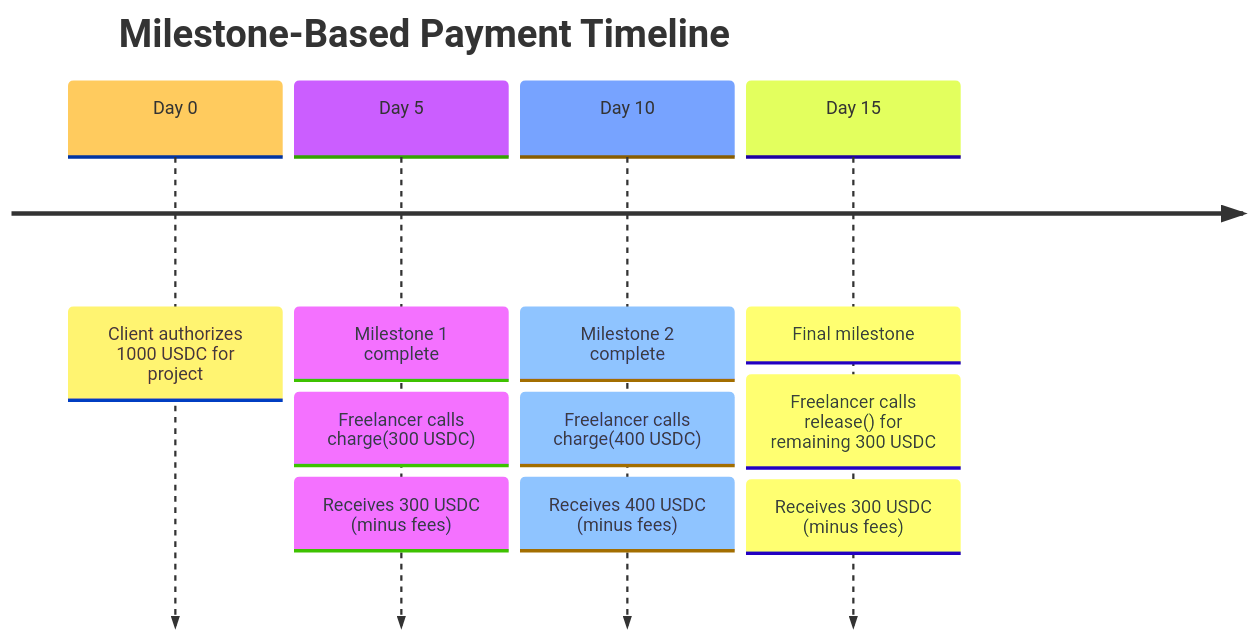
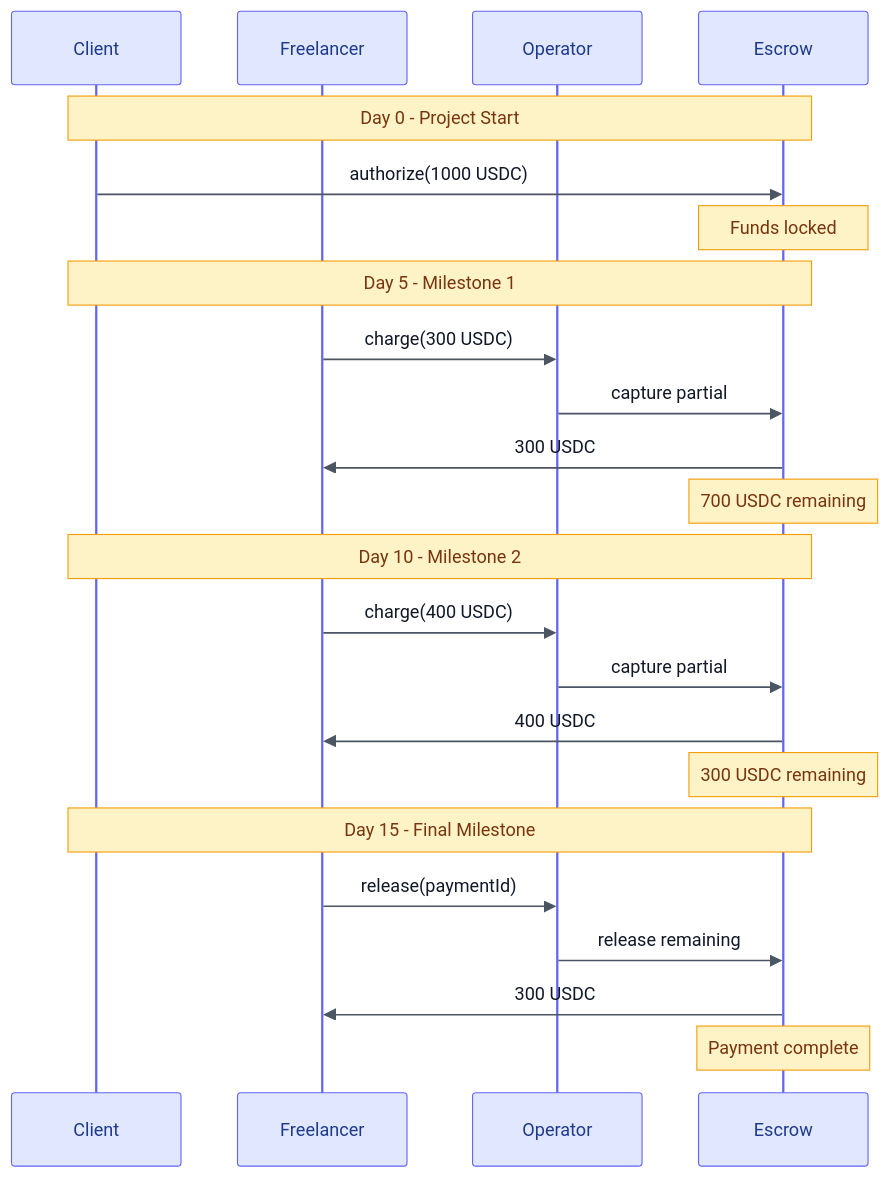
One commit to BackTrackCo/docs changed the third of 8 diagrams in contracts/examples.mdx. Above: the diagram before and after it, drawn with Mermaid. The commit also changed other lines of this file and 13 other files, not shown here.

First line of the commit message:
Apply professional theming to all Mermaid diagrams and convert key diagrams to D2

````diff
--- a/contracts/examples.mdx
+++ b/contracts/examples.mdx
@@ -253,15 +280,30 @@
 ```mermaid
-%%{init: {'theme':'base', 'themeVariables': { 'fontSize':'16px'}}}%%
-timeline
-    title Milestone-Based Payment Timeline
-    Day 0 : Client authorizes 1000 USDC for project
-    Day 5 : Milestone 1 complete
-          : Freelancer calls charge(300 USDC)
-          : Receives 300 USDC (minus fees)
-    Day 10 : Milestone 2 complete
-           : Freelancer calls charge(400 USDC)
-           : Receives 400 USDC (minus fees)
-    Day 15 : Final milestone
-           : Freelancer calls release() for remaining 300 USDC
-           : Receives 300 USDC (minus fees)
+%%{init: {'theme':'base', 'themeVariables': {'primaryColor':'#f3f4f6','primaryTextColor':'#1f2937','primaryBorderColor':'#9ca3af','lineColor':'#6b7280','secondaryColor':'#e5e7eb','tertiaryColor':'#fafafa','noteBkgColor':'#fef3c7','noteTextColor':'#78350f','noteBorderColor':'#f59e0b','actorBkg':'#e0e7ff','actorBorder':'#6366f1','actorTextColor':'#1e3a8a','signalColor':'#4b5563','signalTextColor':'#111827','labelBoxBkgColor':'#dbeafe','labelBoxBorderColor':'#3b82f6','labelTextColor':'#1e40af','loopTextColor':'#1f2937','activationBkgColor':'#c7d2fe','activationBorderColor':'#6366f1','sequenceNumberColor':'#f9fafb','fontFamily':'ui-sans-serif, system-ui, sans-serif'}}}%%
+sequenceDiagram
+    participant Client
+    participant Freelancer
+    participant Operator
+    participant Escrow
+
+    Note over Client,Escrow: Day 0 - Project Start
+    Client->>Escrow: authorize(1000 USDC)
+    Note over Escrow: Funds locked
+
+    Note over Client,Escrow: Day 5 - Milestone 1
+    Freelancer->>Operator: charge(300 USDC)
+    Operator->>Escrow: capture partial
+    Escrow->>Freelancer: 300 USDC
+    Note over Escrow: 700 USDC remaining
+
+    Note over Client,Escrow: Day 10 - Milestone 2
+    Freelancer->>Operator: charge(400 USDC)
+    Operator->>Escrow: capture partial
+    Escrow->>Freelancer: 400 USDC
+    Note over Escrow: 300 USDC remaining
+
+    Note over Client,Escrow: Day 15 - Final Milestone
+    Freelancer->>Operator: release(paymentId)
+    Operator->>Escrow: release remaining
+    Escrow->>Freelancer: 300 USDC
+    Note over Escrow: Payment complete
 ```
````
